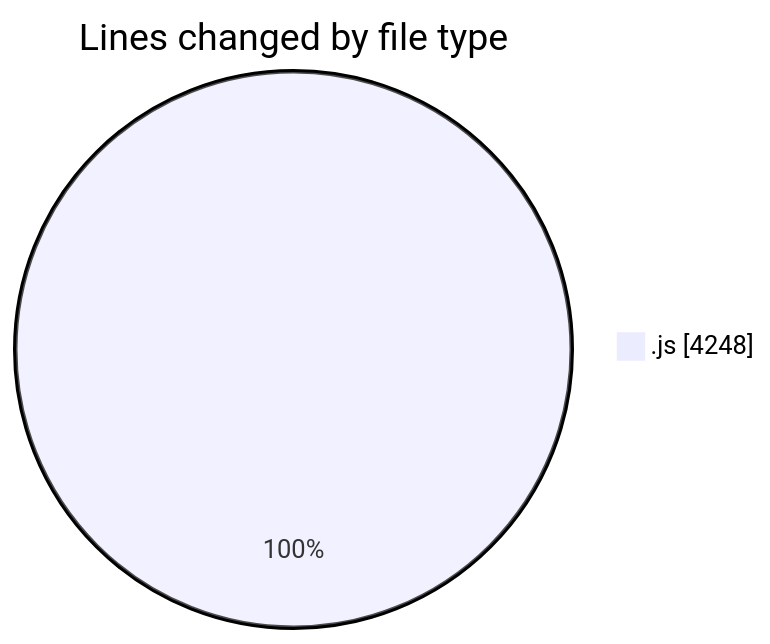
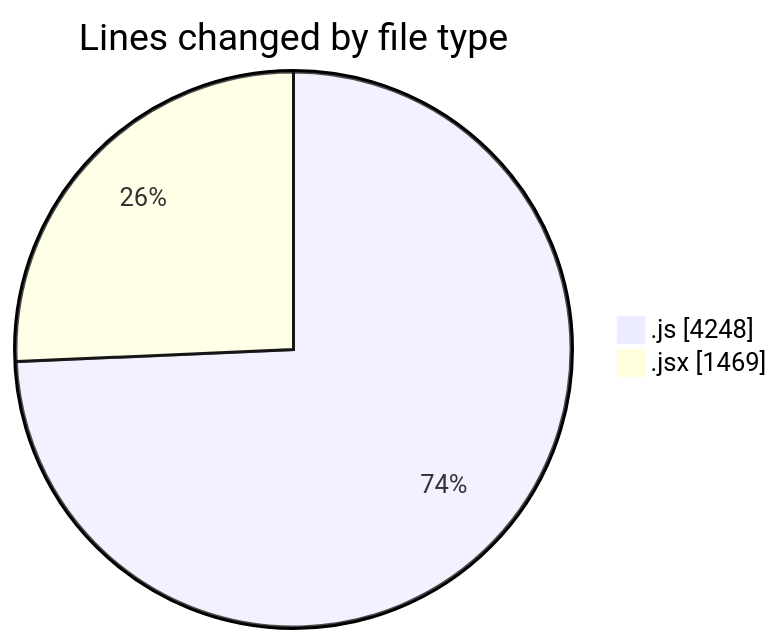
The first of 2 diagrams in 2025-12-29/nxtqube_webapp/README.md (nxtqubesakshisongat/code-tracking), drawn with Mermaid before and after one commit. The commit also changed other lines of this file and 1 other file, not shown here.

````diff
--- a/2025-12-29/nxtqube_webapp/README.md
+++ b/2025-12-29/nxtqube_webapp/README.md
@@ -22,5 +23,6 @@
 ```mermaid
 pie showData
 title Lines changed by file type
 ".js" : 4248
+".jsx" : 1469
 ```
````
